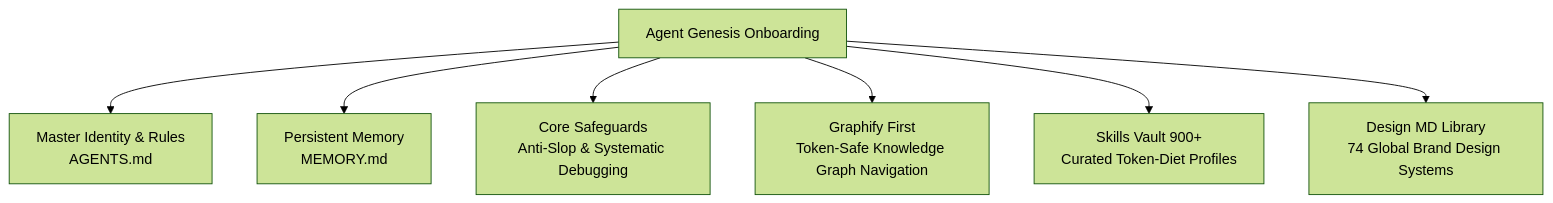
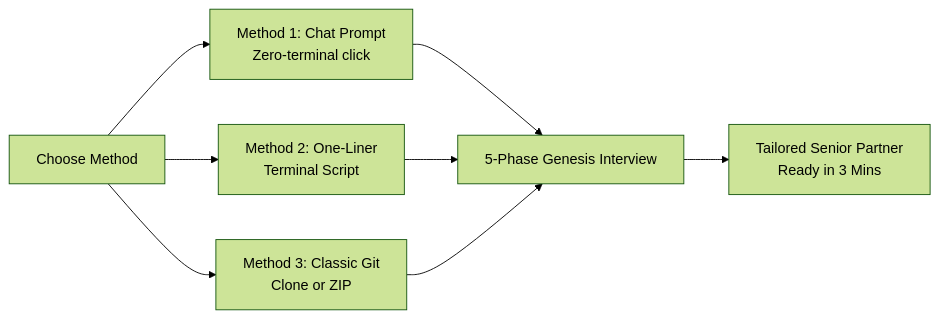
One commit to xvacorx/agent-genesis-kit changed the diagram in README.md. Above: the diagram before and after it, drawn with Mermaid (forest theme). The commit also changed other lines of this file and 15 other files, not shown here.

````diff
--- a/README.md
+++ b/README.md
@@ -87,9 +51,10 @@
 ```mermaid
-flowchart TD
-    A[Agent Genesis Onboarding] --> B[Master Identity & Rules<br>AGENTS.md]
-    A --> C[Persistent Memory<br>MEMORY.md]
-    A --> D[Core Safeguards<br>Anti-Slop & Systematic Debugging]
-    A --> E[Graphify First<br>Token-Safe Knowledge Graph Navigation]
-    A --> F[Skills Vault 900+<br>Curated Token-Diet Profiles]
-    A --> G[Design MD Library<br>74 Global Brand Design Systems]
+flowchart LR
+    A[Choose Method] --> B[Method 1: Chat Prompt<br>Zero-terminal click]
+    A --> C[Method 2: One-Liner<br>Terminal Script]
+    A --> D[Method 3: Classic Git<br>Clone or ZIP]
+    B --> E[5-Phase Genesis Interview]
+    C --> E
+    D --> E
+    E --> F[Tailored Senior Partner<br>Ready in 3 Mins]
 ```
````
